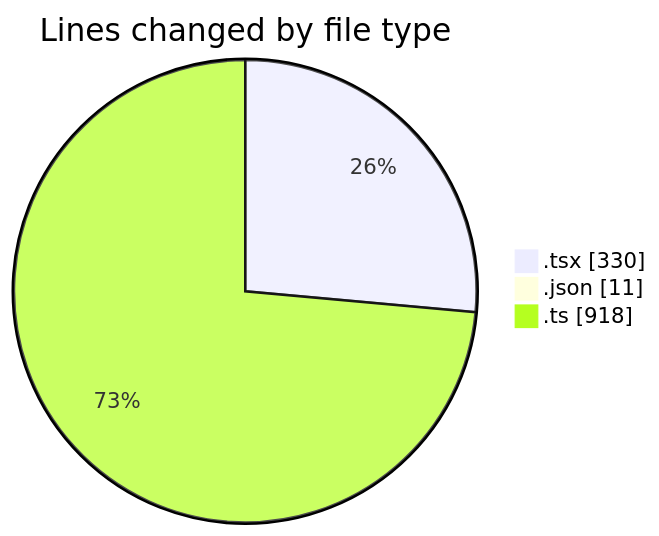
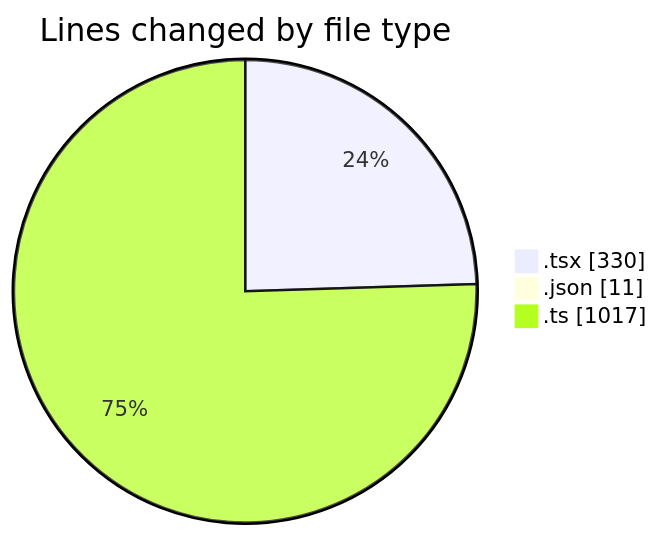
The first of 2 diagrams in 2025-05-12/cda/README.md (momahboobian/code-tracking), drawn with Mermaid before and after one commit. The commit also changed other lines of this file and 1 other file, not shown here.

````diff
--- a/2025-05-12/cda/README.md
+++ b/2025-05-12/cda/README.md
@@ -31,7 +31,7 @@
 ```mermaid
 pie showData
 title Lines changed by file type
 ".tsx" : 330
 ".json" : 11
-".ts" : 918
+".ts" : 1017
 ```
````
